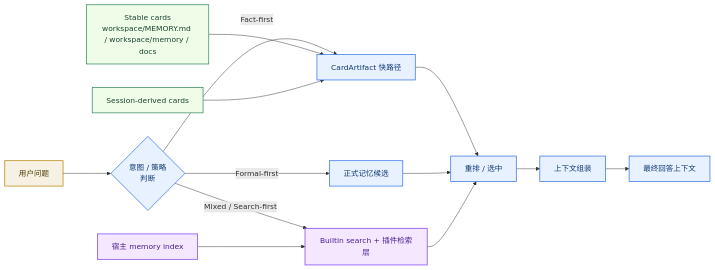
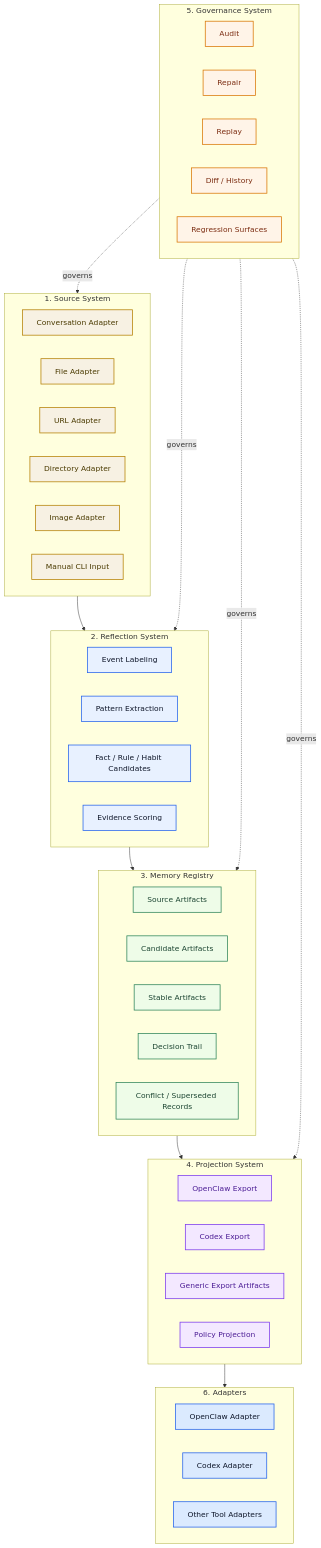
Before and after one commit to redcreen/memory-context-claw: the ninth of 12 diagrams in system-architecture.md, drawn with Mermaid. The commit also changed other lines of this file and 5 other files, not shown here.

Commit message:
Refresh top-level architecture docs

````diff
--- a/system-architecture.md
+++ b/system-architecture.md
@@ -527,27 +470,66 @@
 ```mermaid
-flowchart LR
-    U["用户问题"] --> I{"意图 / 策略\n判断"}
-    I -->|Fact-first| F["CardArtifact 快路径"]
-    I -->|Formal-first| M["正式记忆候选"]
-    I -->|Mixed / Search-first| S["Builtin search + 插件检索层"]
+flowchart TB
+    subgraph M1["1. Source System"]
+        A1["Conversation Adapter"]
+        A2["File Adapter"]
+        A3["URL Adapter"]
+        A4["Directory Adapter"]
+        A5["Image Adapter"]
+        A6["Manual CLI Input"]
+    end
 
-    F --> R["重排 / 选中"]
-    M --> R
-    S --> R
+    subgraph M2["2. Reflection System"]
+        B1["Event Labeling"]
+        B2["Pattern Extraction"]
+        B3["Fact / Rule / Habit Candidates"]
+        B4["Evidence Scoring"]
+    end
 
-    R --> A["上下文组装"]
-    A --> O["最终回答上下文"]
+    subgraph M3["3. Memory Registry"]
+        C1["Source Artifacts"]
+        C2["Candidate Artifacts"]
+        C3["Stable Artifacts"]
+        C4["Decision Trail"]
+        C5["Conflict / Superseded Records"]
+    end
 
-    C1["Stable cards\nworkspace/MEMORY.md / workspace/memory / docs"] --> F
-    C2["Session-derived cards"] --> F
-    H1["宿主 memory index"] --> S
+    subgraph M4["4. Projection System"]
+        D1["OpenClaw Export"]
+        D2["Codex Export"]
+        D3["Generic Export Artifacts"]
+        D4["Policy Projection"]
+    end
 
-    classDef user fill:#f7f1e3,stroke:#b58105,color:#4a3a00,stroke-width:1.5px;
-    classDef plugin fill:#e8f1ff,stroke:#2f6feb,color:#123a73,stroke-width:1.5px;
-    classDef card fill:#eefce8,stroke:#2f855a,color:#1c4532,stroke-width:1.5px;
-    classDef host fill:#f3e8ff,stroke:#7c3aed,color:#4c1d95,stroke-width:1.5px;
-    class U user;
-    class I,F,M,R,A,O plugin;
-    class C1,C2 card;
-    class S,H1 host;
+    subgraph M5["5. Governance System"]
+        E1["Audit"]
+        E2["Repair"]
+        E3["Replay"]
+        E4["Diff / History"]
+        E5["Regression Surfaces"]
+    end
+
+    subgraph M6["6. Adapters"]
+        F1["OpenClaw Adapter"]
+        F2["Codex Adapter"]
+        F3["Other Tool Adapters"]
+    end
+
+    M1 --> M2 --> M3 --> M4 --> M6
+    M5 -. governs .-> M1
+    M5 -. governs .-> M2
+    M5 -. governs .-> M3
+    M5 -. governs .-> M4
+
+    classDef source fill:#f7f1e3,stroke:#b58105,color:#4a3a00,stroke-width:1.6px;
+    classDef reflect fill:#e8f1ff,stroke:#2563eb,color:#0f172a,stroke-width:1.6px;
+    classDef memory fill:#eefce8,stroke:#2f855a,color:#1c4532,stroke-width:1.6px;
+    classDef proj fill:#f3e8ff,stroke:#7c3aed,color:#4c1d95,stroke-width:1.6px;
+    classDef govern fill:#fff4e8,stroke:#d97706,color:#7c2d12,stroke-width:1.6px;
+    classDef adapter fill:#dbeafe,stroke:#2563eb,color:#0f172a,stroke-width:1.6px;
+    class A1,A2,A3,A4,A5,A6 source;
+    class B1,B2,B3,B4 reflect;
+    class C1,C2,C3,C4,C5 memory;
+    class D1,D2,D3,D4 proj;
+    class E1,E2,E3,E4,E5 govern;
+    class F1,F2,F3 adapter;
 ```
````
